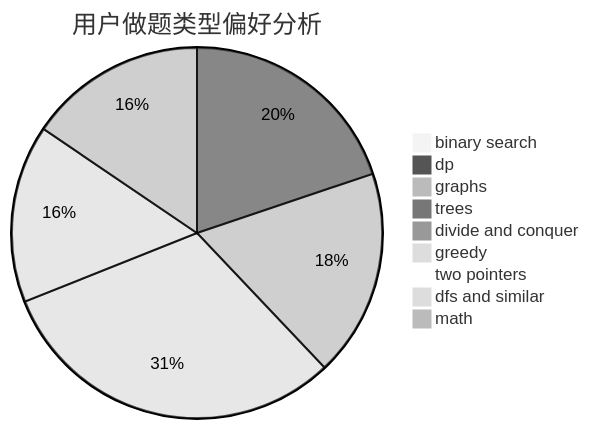
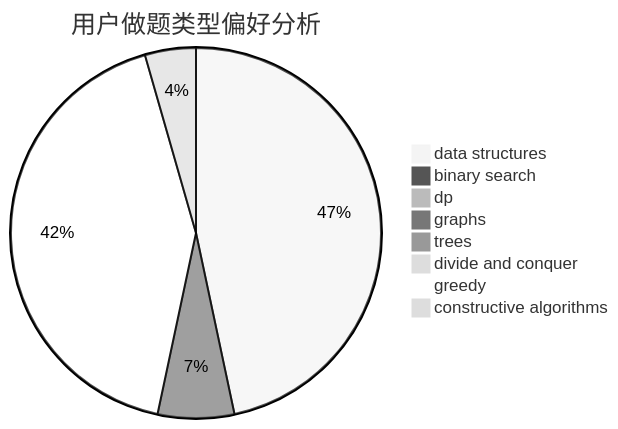
The second of 3 diagrams in docs/user/u1276.md (sherpahu/cfrs.github.io), drawn with Mermaid (neutral theme) before and after one commit. The commit also changed other lines of this file and 2775 other files, not shown here.

````diff
--- a/docs/user/u1276.md
+++ b/docs/user/u1276.md
@@ -23,12 +23,11 @@
 ```mermaid
 pie title 用户做题类型偏好分析
+    "data structures" :  21
     "binary search" :  0
-    "dp" :  23
-    "graphs" :  21
+    "dp" :  0
+    "graphs" :  3
     "trees" :  0
     "divide and conquer" :  0
-    "greedy" :  36
-    "two pointers" :  0
-    "dfs and similar" :  18
-    "math" :  18
+    "greedy" :  19
+    "constructive algorithms" :  2
 ```
````
